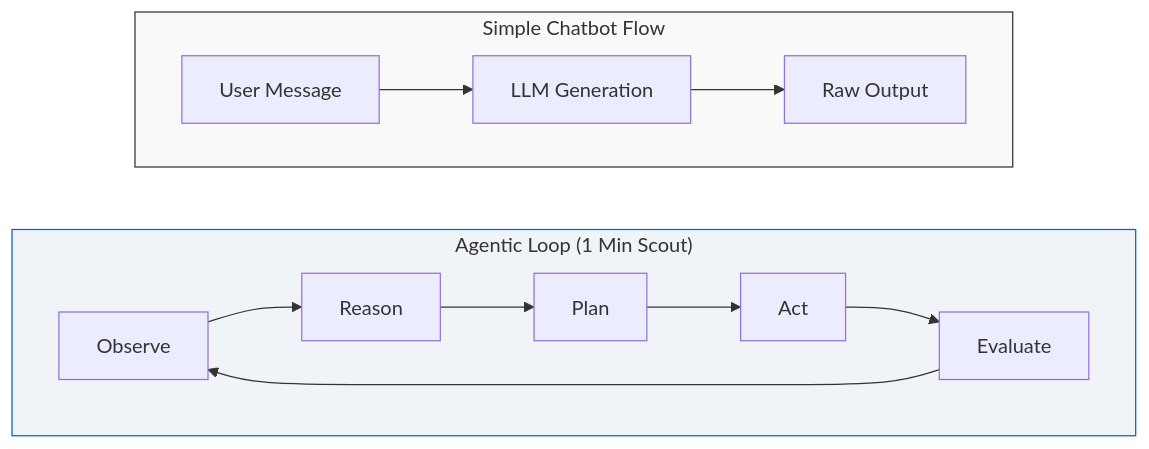
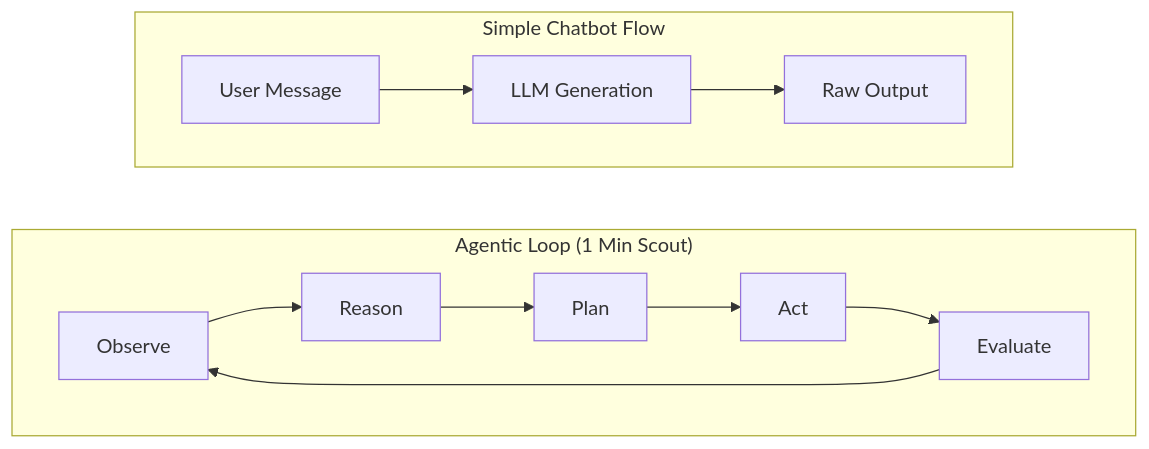
Before and after one commit to Dalal7/AI_Interview_Agent: the first of 2 diagrams in capstone_project_report.md, drawn with Mermaid.

````diff
--- a/capstone_project_report.md
+++ b/capstone_project_report.md
@@ -22,23 +22,20 @@
 ```mermaid
 graph TD
     %% Top Row: Simple Chatbot
     subgraph Chatbot ["Simple Chatbot Flow"]
         direction LR
         U["User Message"] --> LLM["LLM Generation"] --> O["Raw Output"]
     end
     
     %% Bottom Row: Agentic Loop
     subgraph Agent ["Agentic Loop (1 Min Scout)"]
         direction LR
         O1["Observe"] --> R1["Reason"] --> P1["Plan"]
         P1 --> A1["Act"] --> E1["Evaluate"]
         E1 --> O1
     end
 
     %% Minimal spacing link (Invisible) to keep Chatbot clean above the Agent
     Chatbot ~~~ Agent
 
-    %% Visual styling
-    style Chatbot fill:#f9f9f9,stroke:#333,stroke-width:1px
-    style Agent fill:#f0f4f8,stroke:#0066cc,stroke-width:1px
 ```
````
